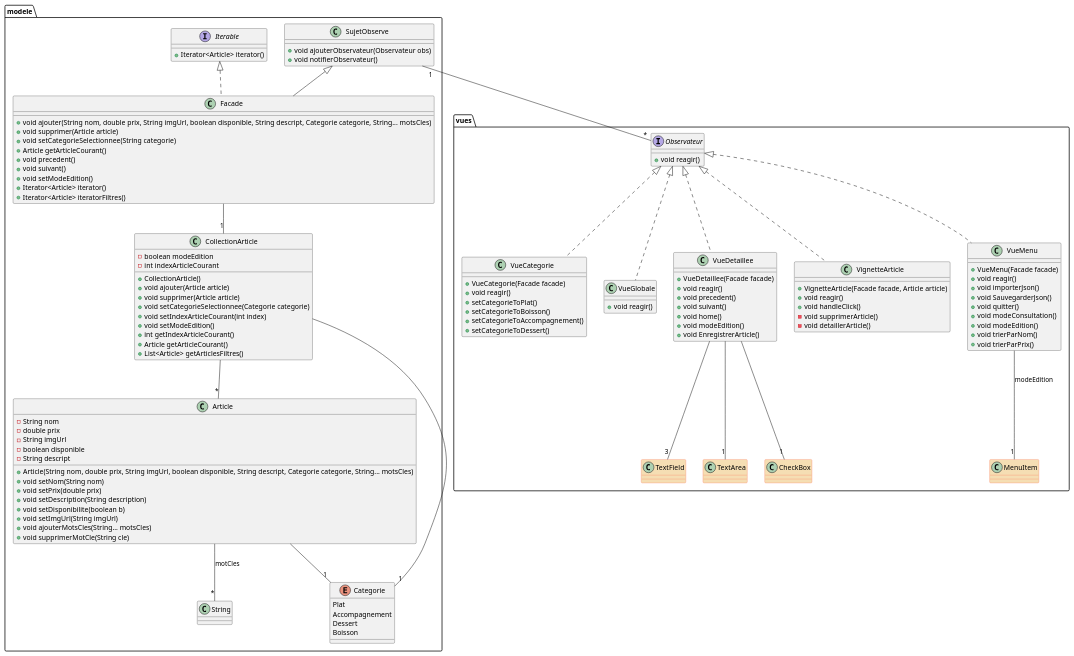
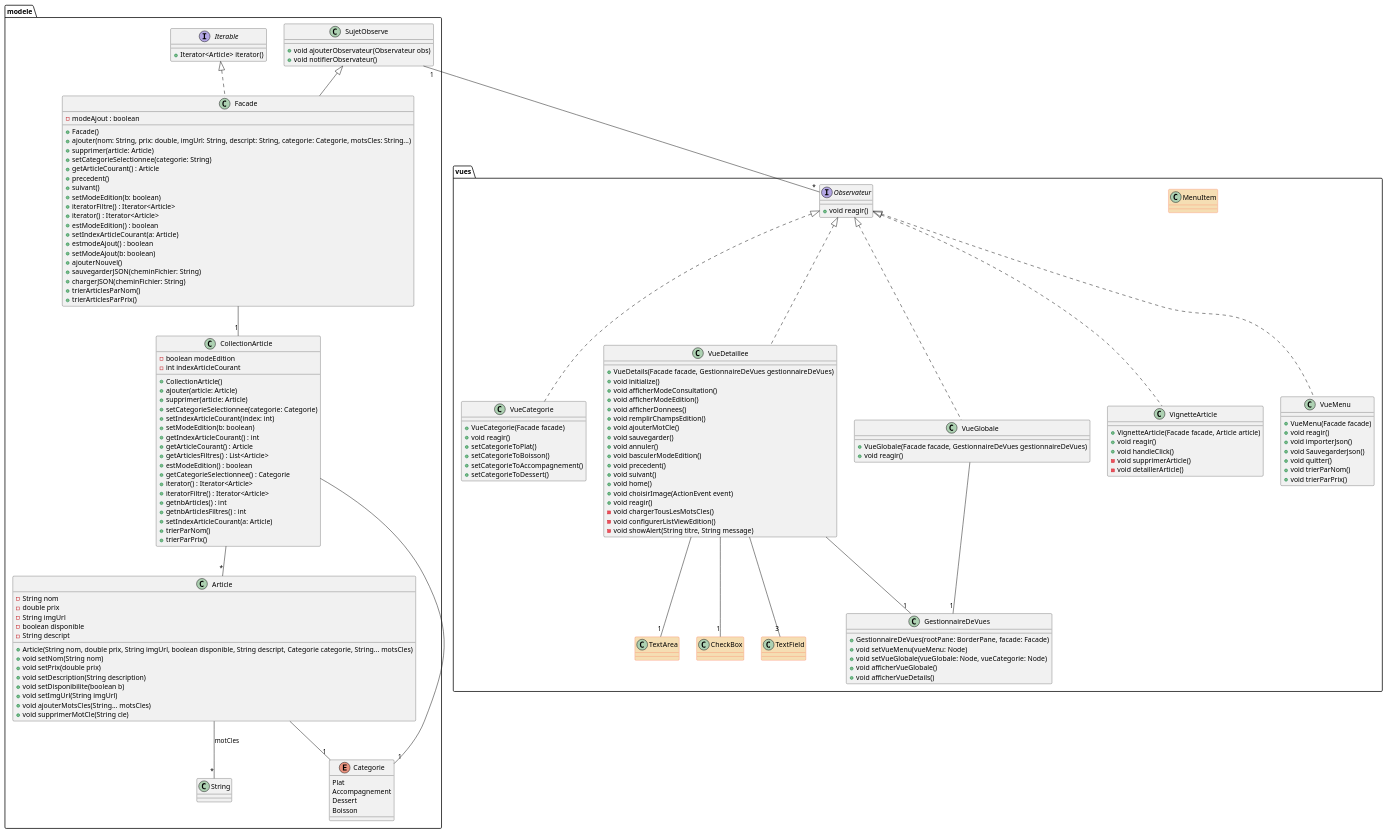
Before and after one commit to Ousmane29-maker/fast-food-app: the diagram in src/ressources/diagrammes/diagramme.puml, drawn with PlantUML. The commit also changed 13 other files, not shown here.

```diff
--- a/src/ressources/diagrammes/diagramme.puml
+++ b/src/ressources/diagrammes/diagramme.puml
@@ -1,142 +1,181 @@
 @startuml
 skinparam class {
    BackgroundColor<<java>> Wheat
    BorderColor<<java>> Tomato
 }
 
 hide stereotype
 
 package "modele" {
     class String
     interface Iterable{
         + Iterator<Article> iterator()
     }
 
     class Article{
         - String nom
         - double prix
         - String imgUrl
         - boolean disponible
         - String descript
         + Article(String nom, double prix, String imgUrl, boolean disponible, String descript, Categorie categorie, String... motsCles)
         + void setNom(String nom)
         + void setPrix(double prix)
         + void setDescription(String description)
         + void setDisponibilite(boolean b)
         + void setImgUrl(String imgUrl)
         + void ajouterMotsCles(String... motsCles)
         + void supprimerMotCle(String cle)
     }
 
     enum Categorie {
         Plat
         Accompagnement
         Dessert
         Boisson
     }
 
     class Facade extends SujetObserve implements Iterable<Article>{
-        + void ajouter(String nom, double prix, String imgUrl, boolean disponible, String descript, Categorie categorie, String... motsCles)
-        + void supprimer(Article article)
-        + void setCategorieSelectionnee(String categorie)
-        + Article getArticleCourant()
-        + void precedent()
-        + void suivant()
-        + void setModeEdition()
-        + Iterator<Article> iterator()
-        + Iterator<Article> iteratorFiltres()
+           - modeAjout : boolean
+          + Facade()
+          + ajouter(nom: String, prix: double, imgUrl: String, descript: String, categorie: Categorie, motsCles: String...)
+          + supprimer(article: Article)
+          + setCategorieSelectionnee(categorie: String)
+          + getArticleCourant() : Article
+          + precedent()
+          + suivant()
+          + setModeEdition(b: boolean)
+          + iteratorFiltre() : Iterator<Article>
+          + iterator() : Iterator<Article>
+          + estModeEdition() : boolean
+          + setIndexArticleCourant(a: Article)
+          + estmodeAjout() : boolean
+          + setModeAjout(b: boolean)
+          + ajouterNouvel()
+          + sauvegarderJSON(cheminFichier: String)
+          + chargerJSON(cheminFichier: String)
+          + trierArticlesParNom()
+          + trierArticlesParPrix()
 
     }
 
     class CollectionArticle {
         - boolean modeEdition
         - int indexArticleCourant
         + CollectionArticle()
-        + void ajouter(Article article)
-        + void supprimer(Article article)
-        + void setCategorieSelectionnee(Categorie categorie)
-        + void setIndexArticleCourant(int index)
-        + void setModeEdition()
-        + int getIndexArticleCourant()
-        + Article getArticleCourant()
-        + List<Article> getArticlesFiltres()
+          + ajouter(article: Article)
+          + supprimer(article: Article)
+          + setCategorieSelectionnee(categorie: Categorie)
+          + setIndexArticleCourant(index: int)
+          + setModeEdition(b: boolean)
+          + getIndexArticleCourant() : int
+          + getArticleCourant() : Article
+          + getArticlesFiltres() : List<Article>
+          + estModeEdition() : boolean
+          + getCategorieSelectionnee() : Categorie
+          + iterator() : Iterator<Article>
+          + iteratorFiltre() : Iterator<Article>
+          + getnbArticles() : int
+          + getnbArticlesFiltres() : int
+          + setIndexArticleCourant(a: Article)
+          + trierParNom()
+          + trierParPrix()
 
     }
 
     class SujetObserve{
         + void ajouterObservateur(Observateur obs)
         + void notifierObservateur()
     }
 
 }
 
 package "vues" {
     class TextField<<java>>
     class TextArea<<java>>
     class CheckBox<<java>>
     class MenuItem<<java>>
 
     interface Observateur {
         + void reagir()
     }
 
     class VueCategorie {
         + VueCategorie(Facade facade)
         + void reagir()
         + setCategorieToPlat()
         + setCategorieToBoisson()
         + setCategorieToAccompagnement()
         + setCategorieToDessert()
     }
     class VueGlobale {
+    +VueGlobale(Facade facade, GestionnaireDeVues gestionnaireDeVues)
         + void reagir()
     }
     class VueDetaillee {
-        + VueDetaillee(Facade facade)
-        + void reagir()
-        + void precedent()
-        + void suivant()
-        + void home()
-        + void modeEdition()
-        + void EnregistrerArticle()
+        + VueDetails(Facade facade, GestionnaireDeVues gestionnaireDeVues)
+            + void initialize()
+            + void afficherModeConsultation()
+            + void afficherModeEdition()
+            + void afficherDonnees()
+            + void remplirChampsEdition()
+            + void ajouterMotCle()
+            + void sauvegarder()
+            + void annuler()
+            + void basculerModeEdition()
+            + void precedent()
+            + void suivant()
+            + void home()
+            + void choisirImage(ActionEvent event)
+            + void reagir()
+            - void chargerTousLesMotsCles()
+            - void configurerListViewEdition()
+            - void showAlert(String titre, String message)
     }
 
     class VignetteArticle{
             + VignetteArticle(Facade facade, Article article)
             + void reagir()
             + void handleClick()
             - void supprimerArticle()
             - void detaillerArticle()
         }
      class VueMenu{
         + VueMenu(Facade facade)
         + void reagir()
         + void importerJson()
         + void SauvegarderJson()
         + void quitter()
-        + void modeConsultation()
-        + void modeEdition()
         + void trierParNom()
         + void trierParPrix()
+     }
+
+     class GestionnaireDeVues {
+       + GestionnaireDeVues(rootPane: BorderPane, facade: Facade)
+       + void setVueMenu(vueMenu: Node)
+       + void setVueGlobale(vueGlobale: Node, vueCategorie: Node)
+       + void afficherVueGlobale()
+       + void afficherVueDetails()
      }
 
 }
 Article --"1" Categorie
 Article --"*" String : motCles
 CollectionArticle --"1" Categorie
 CollectionArticle --"*" Article
 Facade --"1" CollectionArticle
 SujetObserve "1" -- "*" Observateur
 Observateur <|.. VueCategorie
 Observateur <|.. VignetteArticle
 Observateur <|.. VueGlobale
 Observateur <|.. VueDetaillee
 Observateur <|.. VueMenu
 VueDetaillee --"3" TextField
 VueDetaillee --"1" TextArea
 VueDetaillee --"1" CheckBox
-VueMenu --"1" MenuItem : modeEdition
+VueDetaillee --"1" GestionnaireDeVues
+VueGlobale --"1" GestionnaireDeVues
 
 
 
 @enduml
```
